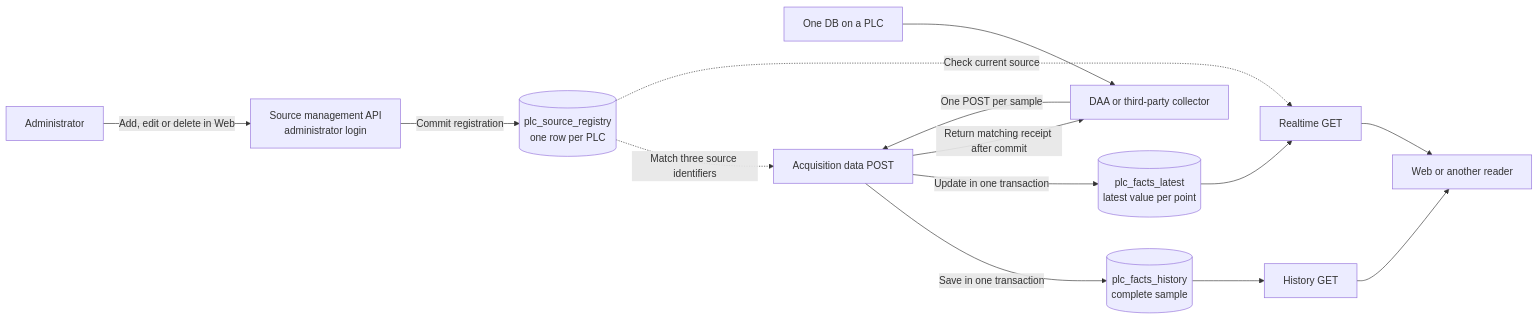
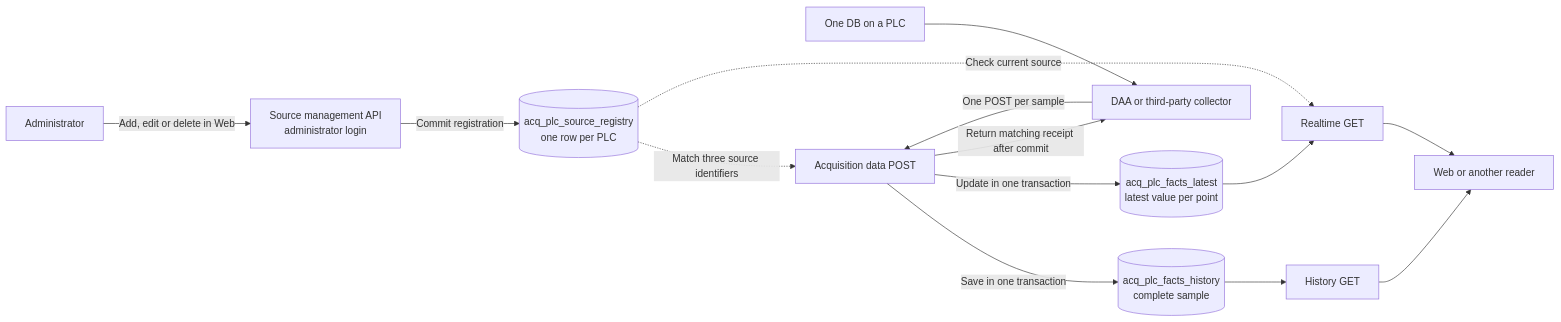
One commit to jasonbu163/aiis-ics-arch changed the diagram in docs/acquisition-data-guide.md. Above: the diagram before and after it, drawn with Mermaid. The commit also changed other lines of this file and 262 other files, not shown here.

Commit message:
Update project governance and architecture documentation

````diff
--- a/docs/acquisition-data-guide.md
+++ b/docs/acquisition-data-guide.md
@@ -11,16 +11,16 @@
 ```mermaid
 flowchart LR
     Admin["Administrator"] -->|"Add, edit or delete in Web"| Manage["Source management API<br/>administrator login"]
-    Manage -->|"Commit registration"| Registry[("plc_source_registry<br/>one row per PLC")]
+    Manage -->|"Commit registration"| Registry[("acq_plc_source_registry<br/>one row per PLC")]
     PLC["One DB on a PLC"] --> Sender["DAA or third-party collector"]
     Sender -->|"One POST per sample"| Write["Acquisition data POST"]
     Registry -.->|"Match three source identifiers"| Write
-    Write -->|"Save in one transaction"| History[("plc_facts_history<br/>complete sample")]
-    Write -->|"Update in one transaction"| Latest[("plc_facts_latest<br/>latest value per point")]
+    Write -->|"Save in one transaction"| History[("acq_plc_facts_history<br/>complete sample")]
+    Write -->|"Update in one transaction"| Latest[("acq_plc_facts_latest<br/>latest value per point")]
     Write -->|"Return matching receipt after commit"| Sender
     Registry -.->|"Check current source"| Realtime["Realtime GET"]
     Latest --> Realtime
     History --> Historical["History GET"]
     Realtime --> Viewer["Web or another reader"]
     Historical --> Viewer
 ```
````
